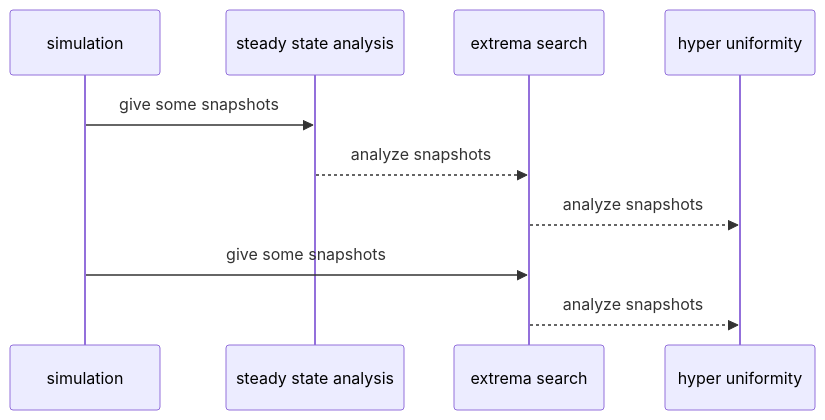
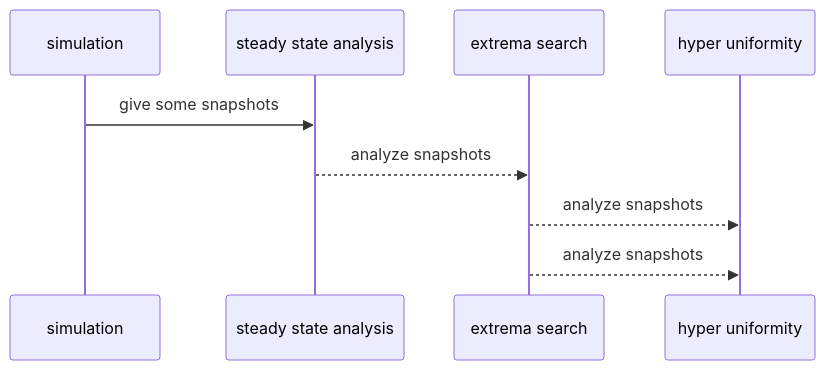
Before and after one commit to abdelrahmanaltawil/active-flow: the second of 3 diagrams in docs/framework.md, drawn with Mermaid. The commit also changed other lines of this file, not shown here.

````diff
--- a/docs/framework.md
+++ b/docs/framework.md
@@ -14,12 +15,11 @@
 ```mermaid
 sequenceDiagram
     participant simulation
     participant steady state analysis
     participant extrema search
     participant hyper uniformity
     simulation->>steady state analysis: give some snapshots
     steady state analysis-->>extrema search: analyze snapshots
     extrema search-->>hyper uniformity: analyze snapshots
-    simulation->>extrema search: give some snapshots
     extrema search-->>hyper uniformity: analyze snapshots
 ```
````
